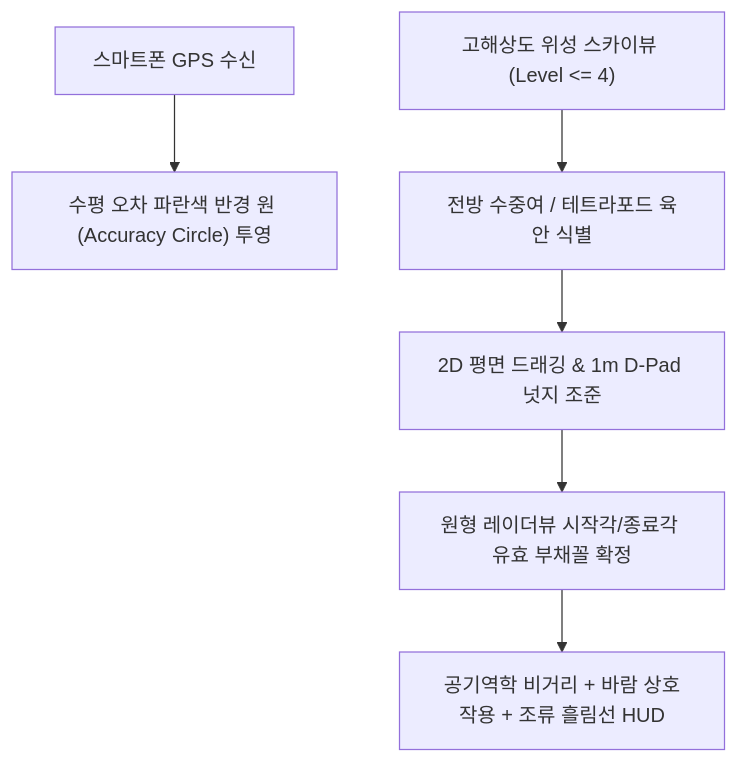
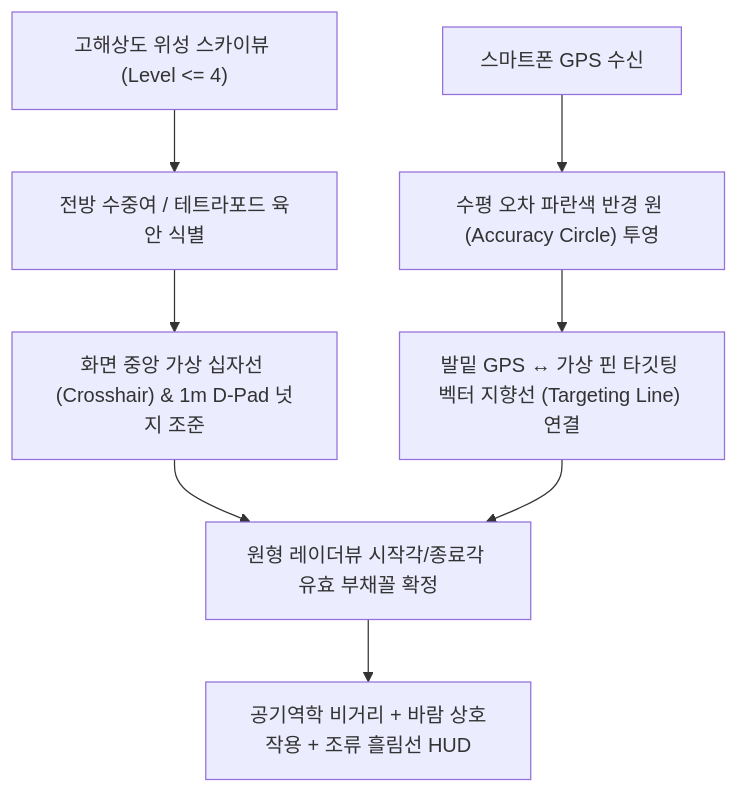
Before and after one commit to tlogger/espFish: the second of 3 diagrams in DESIGN_SPEC.md, drawn with Mermaid. The commit also changed other lines of this file, not shown here.

````diff
--- a/DESIGN_SPEC.md
+++ b/DESIGN_SPEC.md
@@ -48,8 +86,10 @@
 ```mermaid
 graph TD
     GPS["스마트폰 GPS 수신"] --> AC["수평 오차 파란색 반경 원 (Accuracy Circle) 투영"]
+    AC --> TL["발밑 GPS ↔ 가상 핀 타깃팅 벡터 지향선 (Targeting Line) 연결"]
     SKY["고해상도 위성 스카이뷰 (Level <= 4)"] --> TARGET["전방 수중여 / 테트라포드 육안 식별"]
-    TARGET --> D_PAD["2D 평면 드래깅 & 1m D-Pad 넛지 조준"]
+    TARGET --> D_PAD["화면 중앙 가상 십자선 (Crosshair) & 1m D-Pad 넛지 조준"]
     D_PAD --> RADAR["원형 레이더뷰 시작각/종료각 유효 부채꼴 확정"]
+    TL --> RADAR
     RADAR --> HUD["공기역학 비거리 + 바람 상호작용 + 조류 흘림선 HUD"]
 ```
````
